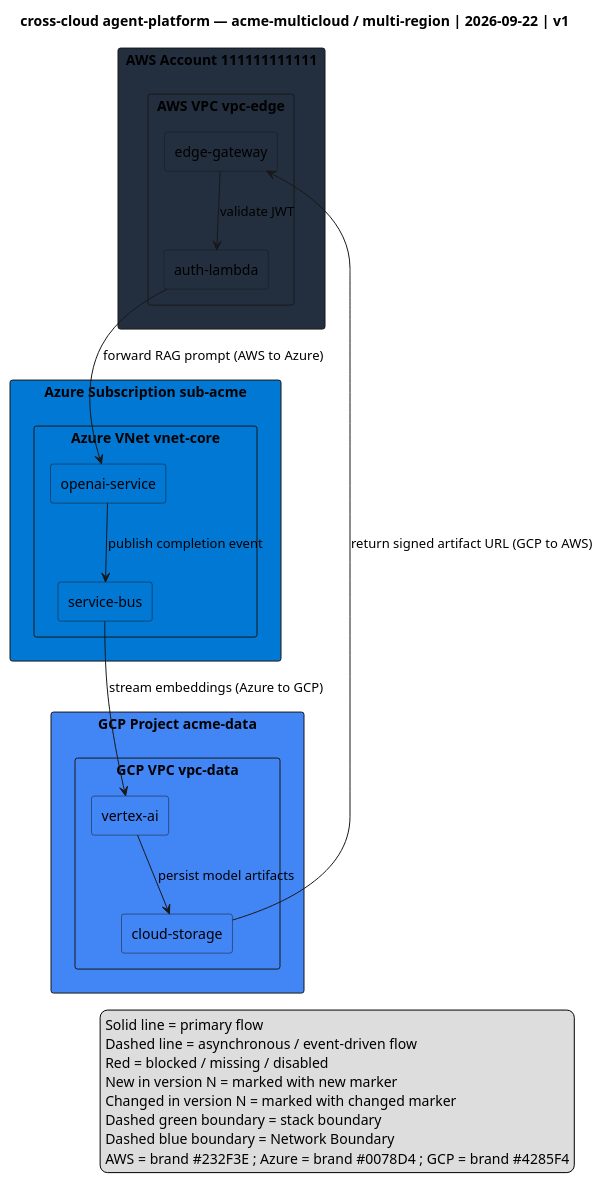
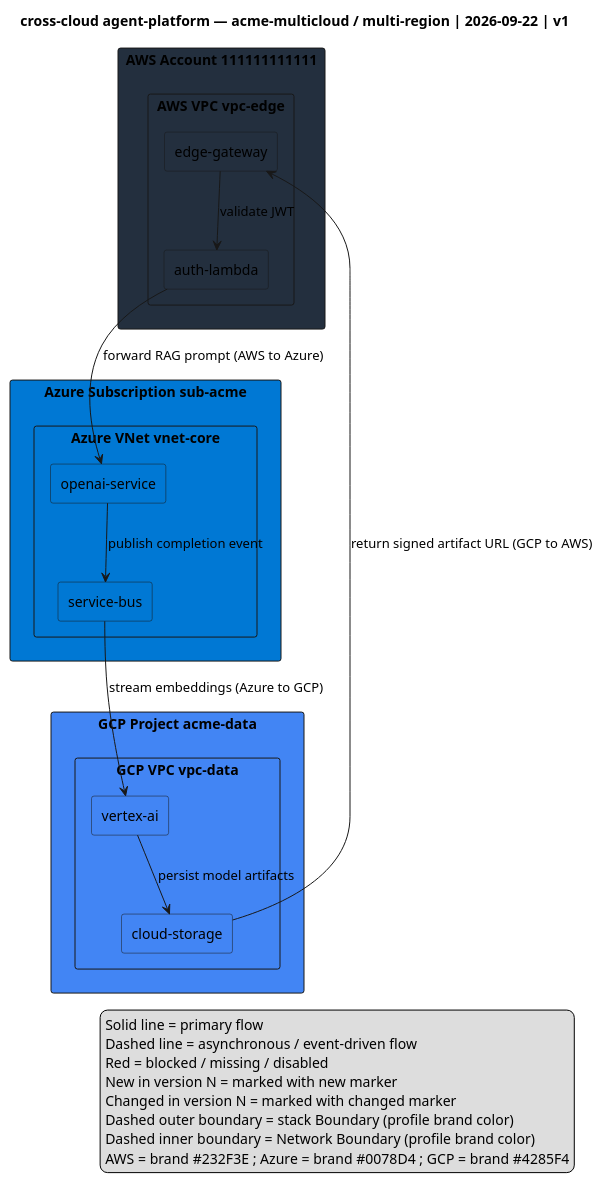
One commit to totoshko88/Cloud_Architecture changed the diagram in examples/cross-cloud/cross-cloud-composition.puml. Above: the diagram before and after it, drawn with PlantUML. The commit also changed 9 other files, not shown here.

```diff
--- a/examples/cross-cloud/cross-cloud-composition.puml
+++ b/examples/cross-cloud/cross-cloud-composition.puml
@@ -1,56 +1,56 @@
 @startuml
 ' Cross-cloud composition C4 container diagram spanning aws, azure, and gcp.
 ' Provider-neutral core rules apply: one start/end directive pair, no
 ' preprocessor directives, at most 12 nodes, every cross-provider edge labeled,
 ' special-character node names double-quoted, versioned title, Legend block.
 ' Each provider is named, colored with its brand hex, and its Boundary and
 ' Network Boundary are rendered as nested rectangle group containers.
 
 title cross-cloud agent-platform — acme-multicloud / multi-region | 2026-09-22 | v1
 
 ' ---- AWS provider (brand #232F3E) -------------------------------------------
 ' Boundary container = AWS Account; Network Boundary container = AWS VPC.
 rectangle "AWS Account 111111111111" as aws_account #232F3E {
   rectangle "AWS VPC vpc-edge" as aws_vpc #232F3E {
     rectangle "edge-gateway" as edge_gateway #232F3E
     rectangle "auth-lambda" as auth_lambda #232F3E
   }
 }
 
 ' ---- Azure provider (brand #0078D4) -----------------------------------------
 ' Boundary container = Azure Subscription; Network Boundary container = VNet.
 rectangle "Azure Subscription sub-acme" as azure_sub #0078D4 {
   rectangle "Azure VNet vnet-core" as azure_vnet #0078D4 {
     rectangle "openai-service" as openai_service #0078D4
     rectangle "service-bus" as service_bus #0078D4
   }
 }
 
 ' ---- GCP provider (brand #4285F4) -------------------------------------------
 ' Boundary container = GCP Project; Network Boundary container = VPC.
 rectangle "GCP Project acme-data" as gcp_project #4285F4 {
   rectangle "GCP VPC vpc-data" as gcp_vpc #4285F4 {
     rectangle "vertex-ai" as vertex_ai #4285F4
     rectangle "cloud-storage" as cloud_storage #4285F4
   }
 }
 
 ' ---- Cross-provider edges (every edge labeled with the data flow) -----------
 edge_gateway --> auth_lambda : validate JWT
 auth_lambda --> openai_service : forward RAG prompt (AWS to Azure)
 openai_service --> service_bus : publish completion event
 service_bus --> vertex_ai : stream embeddings (Azure to GCP)
 vertex_ai --> cloud_storage : persist model artifacts
 cloud_storage --> edge_gateway : return signed artifact URL (GCP to AWS)
 
 legend right
   Solid line = primary flow
   Dashed line = asynchronous / event-driven flow
   Red = blocked / missing / disabled
   New in version N = marked with new marker
   Changed in version N = marked with changed marker
-  Dashed green boundary = stack boundary
-  Dashed blue boundary = Network Boundary
+  Dashed outer boundary = stack Boundary (profile brand color)
+  Dashed inner boundary = Network Boundary (profile brand color)
   AWS = brand #232F3E ; Azure = brand #0078D4 ; GCP = brand #4285F4
 endlegend
 @enduml
```
